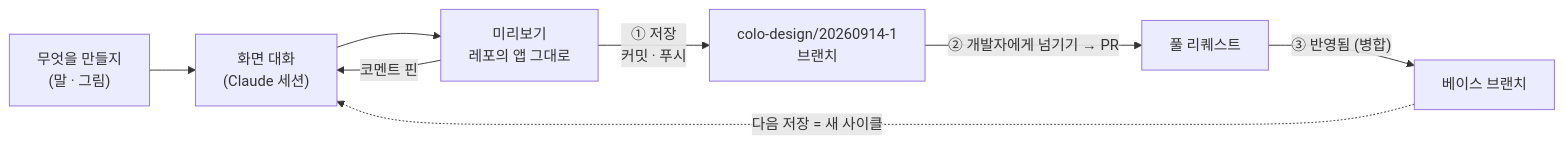
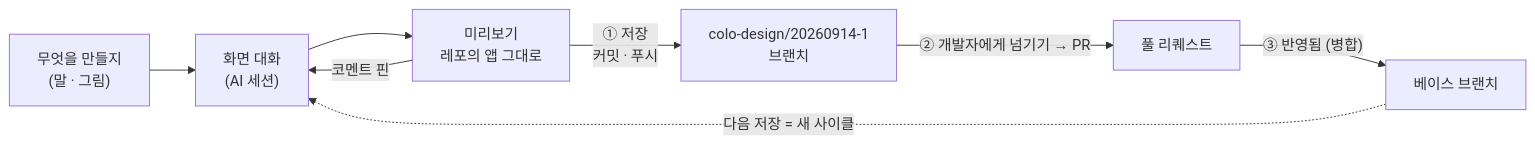
One commit to inkwonjung-colosseum/colo-design changed the first of 2 diagrams in README.md. Above: the diagram before and after it, drawn with Mermaid. The commit also changed other lines of this file and 221 other files, not shown here.

````diff
--- a/README.md
+++ b/README.md
@@ -62,10 +63,10 @@
 ```mermaid
 flowchart LR
-    ask["무엇을 만들지<br/>(말 · 그림)"] --> chat["화면 대화<br/>(Claude 세션)"]
+    ask["무엇을 만들지<br/>(말 · 그림)"] --> chat["화면 대화<br/>(AI 세션)"]
     chat --> preview["미리보기<br/>레포의 앱 그대로"]
     preview -->|"코멘트 핀"| chat
     preview -->|"① 저장<br/>커밋 · 푸시"| branch["colo-design/20260914-1<br/>브랜치"]
     branch -->|"② 개발자에게 넘기기 → PR"| pr["풀 리퀘스트"]
     pr -->|"③ 반영됨 (병합)"| base["베이스 브랜치"]
     base -.->|"다음 저장 = 새 사이클"| chat
 ```
````
